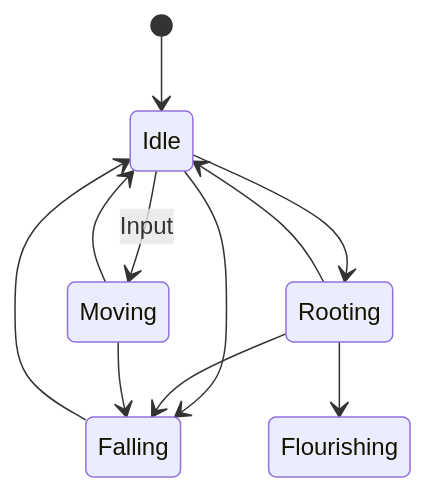
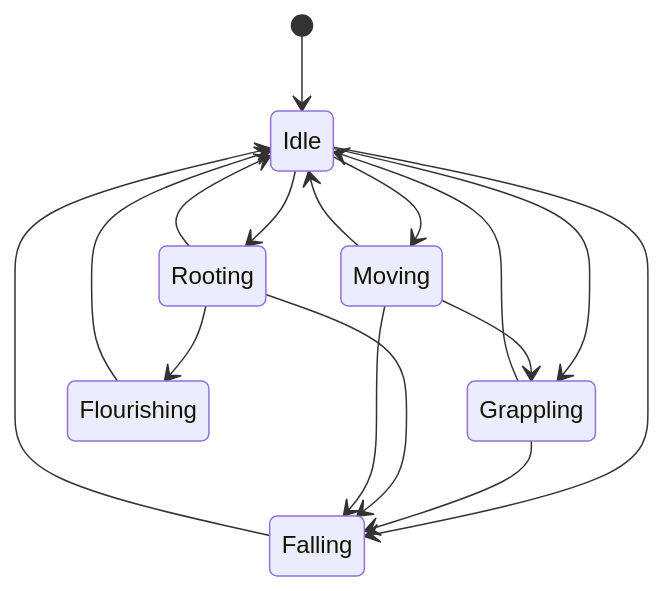
Before and after one commit to kyperbelt/GGJ2023_Roots: the diagram in docs/playerstate.md, drawn with Mermaid. The commit also changed 14 other files, not shown here.

````diff
--- a/docs/playerstate.md
+++ b/docs/playerstate.md
@@ -1,13 +1,18 @@
 ```mermaid
 stateDiagram-v2
     [*] --> Idle
-    Idle --> Moving: Input
+    Idle --> Moving
     Idle --> Rooting
     Idle --> Falling
+    Idle --> Grappling 
+    Grappling --> Idle
+    Grappling --> Falling
     Rooting --> Idle
     Rooting --> Flourishing 
     Rooting --> Falling
     Falling --> Idle
     Moving --> Idle 
     Moving --> Falling
+    Moving --> Grappling
+    Flourishing --> Idle
 ```
````
